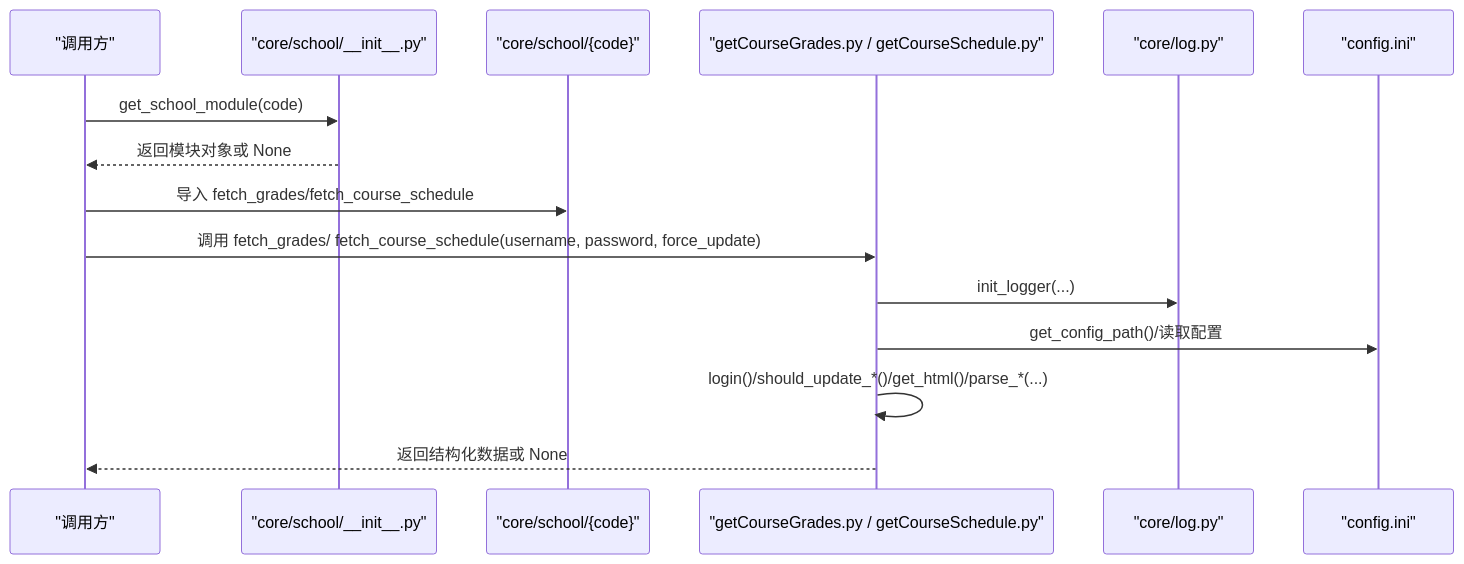
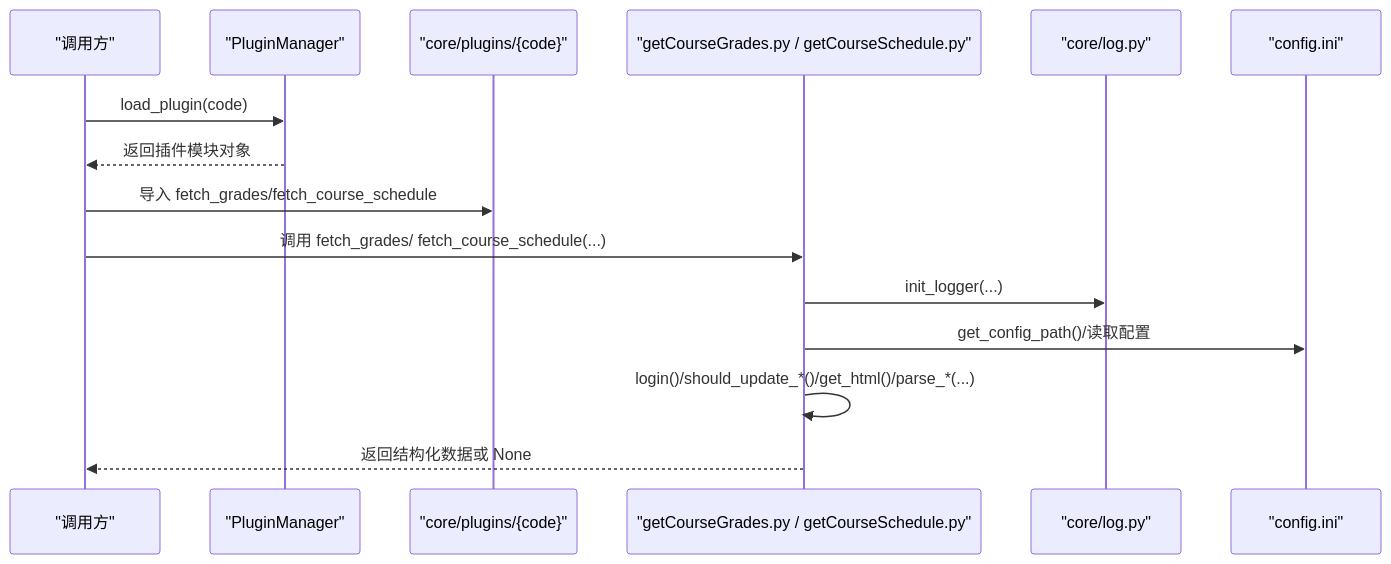
One commit to pjnt9372/Capture_Push changed the second of 3 diagrams in .wiki/zh/content/API 参考文档/院校模块 API/院校模块 API.md. Above: the diagram before and after it, drawn with Mermaid. The commit also changed other lines of this file and 37 other files, not shown here.

````diff
--- a/.wiki/zh/content/API 参考文档/院校模块 API/院校模块 API.md
+++ b/.wiki/zh/content/API 参考文档/院校模块 API/院校模块 API.md
@@ -91,17 +67,18 @@
 ```mermaid
 sequenceDiagram
 participant Caller as "调用方"
-participant SchoolAPI as "core/school/__init__.py"
-participant Module as "core/school/{code}"
+participant PM as "PluginManager"
+participant Plugin as "core/plugins/{code}"
 participant Impl as "getCourseGrades.py / getCourseSchedule.py"
 participant Log as "core/log.py"
 participant Cfg as "config.ini"
-Caller->>SchoolAPI : get_school_module(code)
-SchoolAPI-->>Caller : 返回模块对象或 None
-Caller->>Module : 导入 fetch_grades/fetch_course_schedule
-Caller->>Impl : 调用 fetch_grades/ fetch_course_schedule(username, password, force_update)
+
+Caller->>PM : load_plugin(code)
+PM-->>Caller : 返回插件模块对象
+Caller->>Plugin : 导入 fetch_grades/fetch_course_schedule
+Caller->>Impl : 调用 fetch_grades/ fetch_course_schedule(...)
 Impl->>Log : init_logger(...)
 Impl->>Cfg : get_config_path()/读取配置
 Impl->>Impl : login()/should_update_*()/get_html()/parse_*(...)
 Impl-->>Caller : 返回结构化数据或 None
 ```
````
